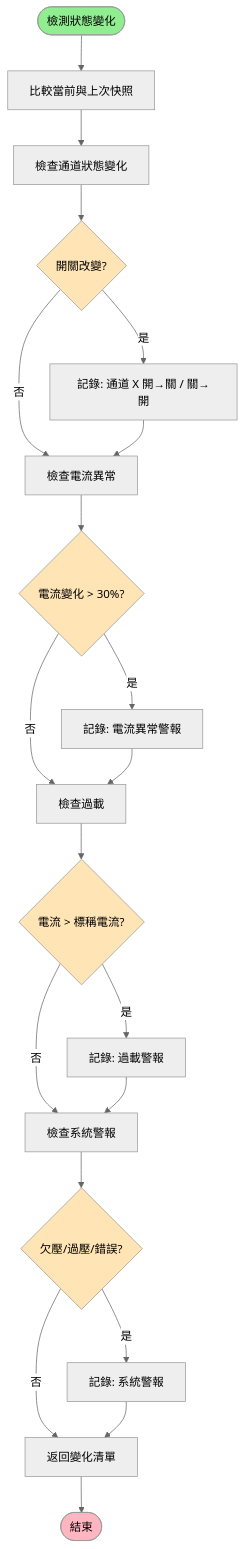
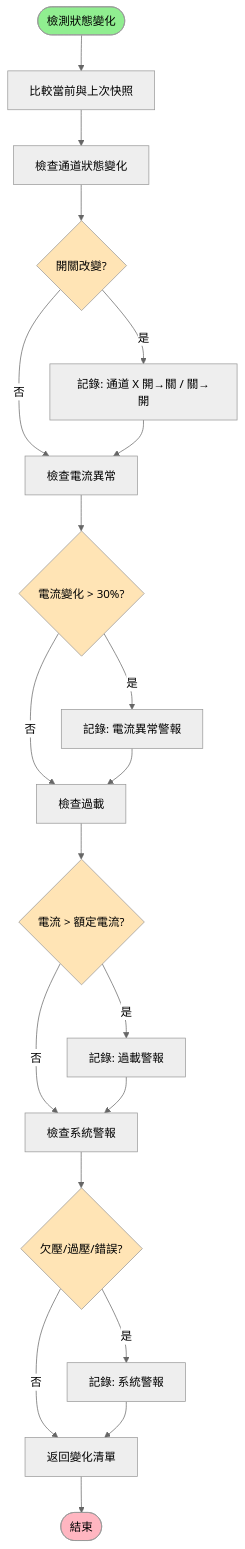
Before and after one commit to HarryChiuu/Caparoc: the eighth of 14 diagrams in docs/history/PROGRAM_FLOWCHART.md, drawn with Mermaid (neutral theme). The commit also changed other lines of this file and 13 other files, not shown here.

First line of the commit message:
docs: 統一術語 - 將所有「標稱電流」改為「額定電流」

````diff
--- a/docs/history/PROGRAM_FLOWCHART.md
+++ b/docs/history/PROGRAM_FLOWCHART.md
@@ -355,37 +355,37 @@
 ```mermaid
 flowchart TD
     Start([檢測狀態變化]) --> Compare[比較當前與上次快照]
     
     Compare --> Check1[檢查通道狀態變化]
     Check1 --> State{開關改變?}
     State -->|是| Record1[記錄: 通道 X 開→關 / 關→開]
     State -->|否| Check2
     Record1 --> Check2
     
     Check2[檢查電流異常]
     Check2 --> Current{電流變化 > 30%?}
     Current -->|是| Record2[記錄: 電流異常警報]
     Current -->|否| Check3
     Record2 --> Check3
     
     Check3[檢查過載]
-    Check3 --> Overload{電流 > 標稱電流?}
+    Check3 --> Overload{電流 > 額定電流?}
     Overload -->|是| Record3[記錄: 過載警報]
     Overload -->|否| Check4
     Record3 --> Check4
     
     Check4[檢查系統警報]
     Check4 --> System{欠壓/過壓/錯誤?}
     System -->|是| Record4[記錄: 系統警報]
     System -->|否| Return
     Record4 --> Return
     
     Return[返回變化清單] --> End([結束])
     
     style Start fill:#90EE90
     style End fill:#FFB6C1
     style State fill:#FFE4B5
     style Current fill:#FFE4B5
     style Overload fill:#FFE4B5
     style System fill:#FFE4B5
 ```
````
